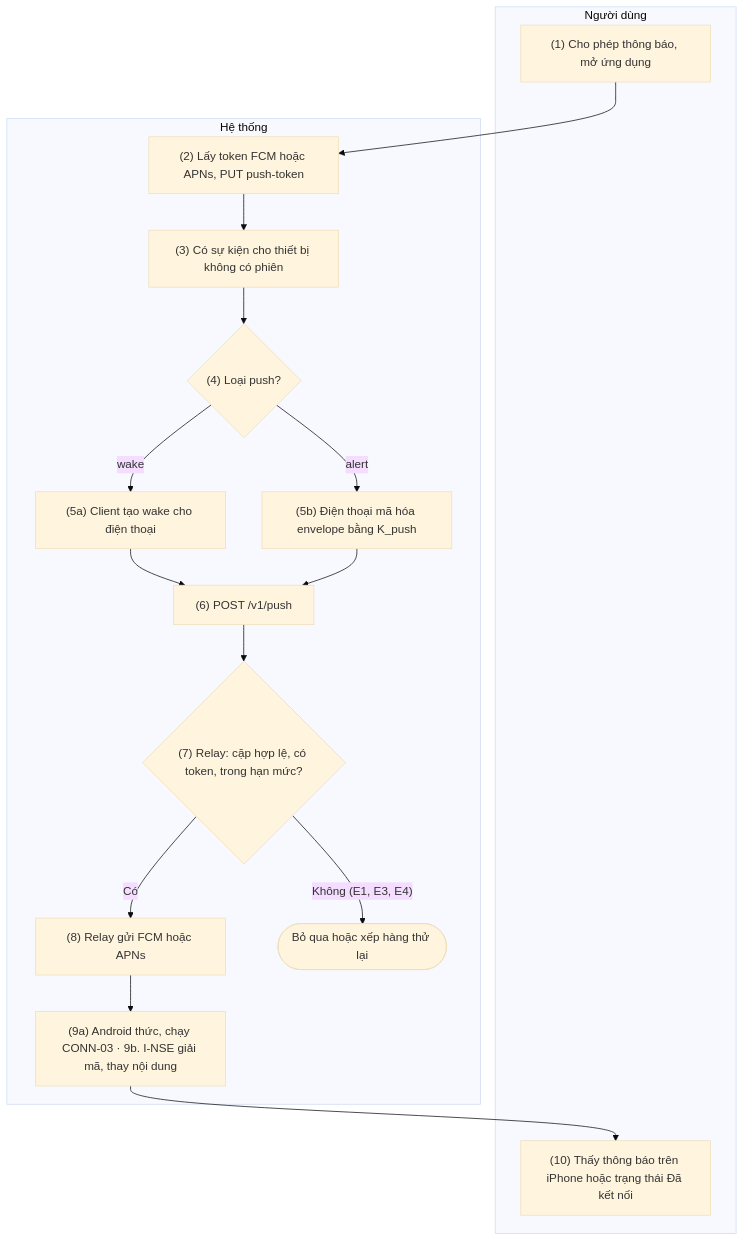
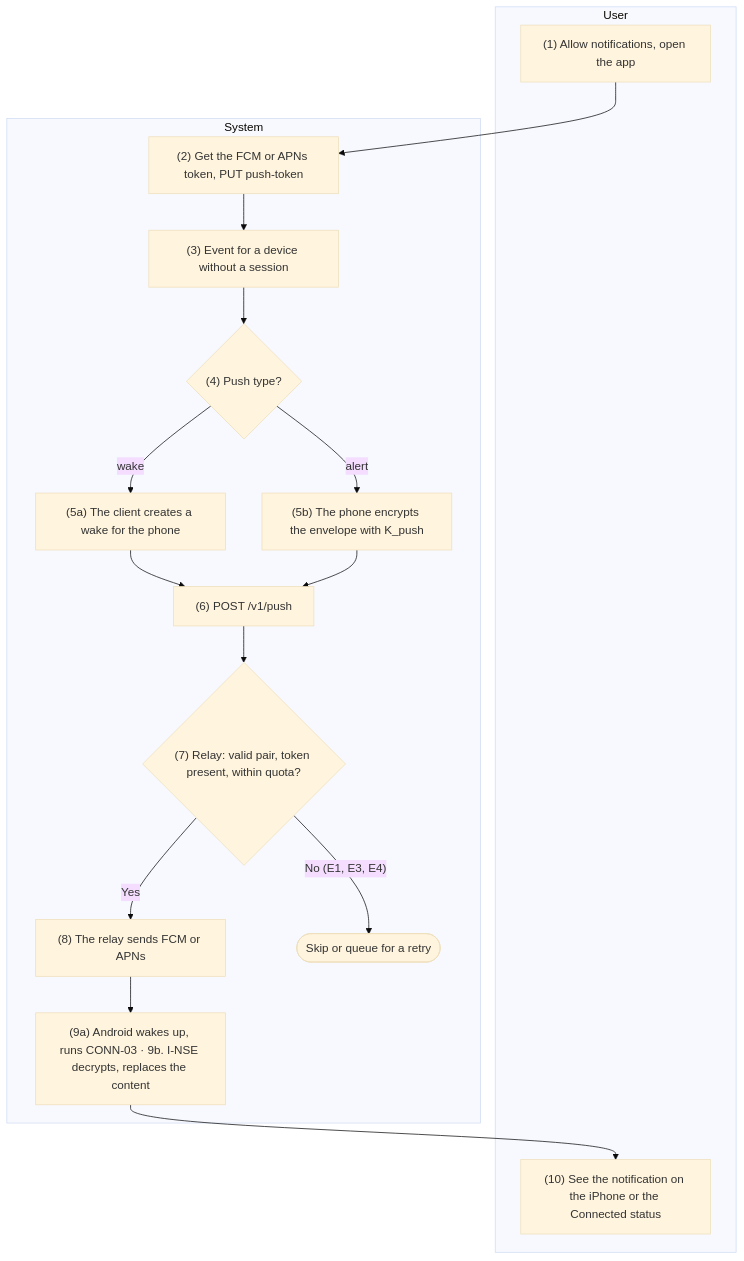
One commit to HandLive/handlive changed the fourth of 4 diagrams in docs/detailed-design/03-connectivity.md. Above: the diagram before and after it, drawn with Mermaid (base theme). The commit also changed other lines of this file and 1 other file, not shown here.

````diff
--- a/docs/detailed-design/03-connectivity.md
+++ b/docs/detailed-design/03-connectivity.md
@@ -718,25 +730,25 @@
 ```mermaid
 flowchart TB
-  subgraph ND["Người dùng"]
-    U1["(1) Cho phép thông báo, mở ứng dụng"]
-    U10["(10) Thấy thông báo trên iPhone hoặc trạng thái Đã kết nối"]
+  subgraph ND["User"]
+    U1["(1) Allow notifications, open the app"]
+    U10["(10) See the notification on the iPhone or the Connected status"]
   end
-  subgraph HT["Hệ thống"]
-    S2["(2) Lấy token FCM hoặc APNs, PUT push-token"]
-    S3["(3) Có sự kiện cho thiết bị không có phiên"]
-    D4{"(4) Loại push?"}
-    S5["(5a) Client tạo wake cho điện thoại"]
-    S6["(5b) Điện thoại mã hóa envelope bằng K_push"]
+  subgraph HT["System"]
+    S2["(2) Get the FCM or APNs token, PUT push-token"]
+    S3["(3) Event for a device without a session"]
+    D4{"(4) Push type?"}
+    S5["(5a) The client creates a wake for the phone"]
+    S6["(5b) The phone encrypts the envelope with K_push"]
     S7["(6) POST /v1/push"]
-    D8{"(7) Relay: cặp hợp lệ, có token, trong hạn mức?"}
-    S9["(8) Relay gửi FCM hoặc APNs"]
-    S10["(9a) Android thức, chạy CONN-03 · 9b. I-NSE giải mã, thay nội dung"]
-    X1(["Bỏ qua hoặc xếp hàng thử lại"])
+    D8{"(7) Relay: valid pair, token present, within quota?"}
+    S9["(8) The relay sends FCM or APNs"]
+    S10["(9a) Android wakes up, runs CONN-03 · 9b. I-NSE decrypts, replaces the content"]
+    X1(["Skip or queue for a retry"])
   end
   U1 --> S2 --> S3 --> D4
   D4 -- "wake" --> S5 --> S7
   D4 -- "alert" --> S6 --> S7
   S7 --> D8
-  D8 -- "Có" --> S9 --> S10 --> U10
-  D8 -- "Không (E1, E3, E4)" --> X1
+  D8 -- "Yes" --> S9 --> S10 --> U10
+  D8 -- "No (E1, E3, E4)" --> X1
 ```
````
